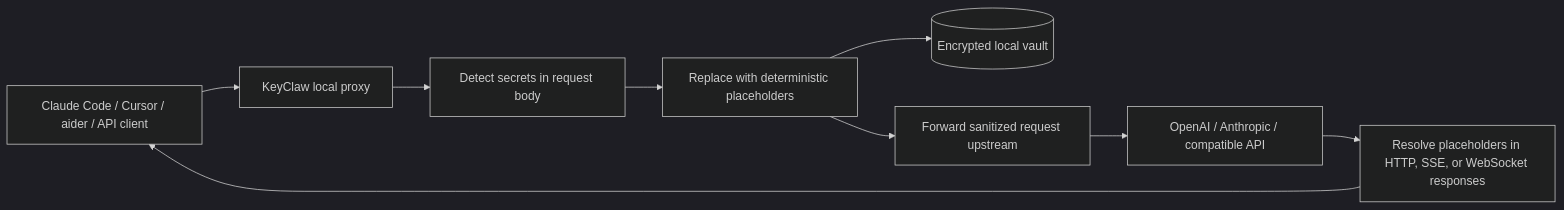
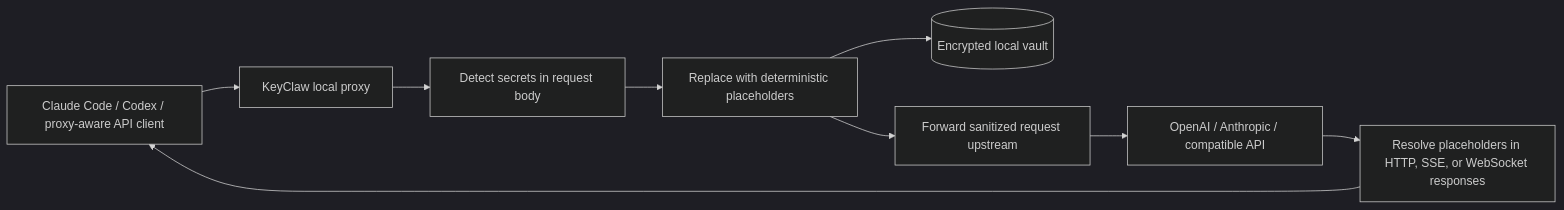
One commit to GuthL/KeyClaw changed the diagram in README.md. Above: the diagram before and after it, drawn with Mermaid (dark theme). The commit also changed other lines of this file and 1 other file, not shown here.

````diff
--- a/README.md
+++ b/README.md
@@ -40,11 +40,11 @@
 ```mermaid
 flowchart LR
-    A[Claude Code / Cursor / aider / API client] --> B[KeyClaw local proxy]
+    A[Claude Code / Codex / proxy-aware API client] --> B[KeyClaw local proxy]
     B --> C[Detect secrets in request body]
     C --> D[Replace with deterministic placeholders]
     D --> E[(Encrypted local vault)]
     D --> F[Forward sanitized request upstream]
     F --> G[OpenAI / Anthropic / compatible API]
     G --> H[Resolve placeholders in HTTP, SSE, or WebSocket responses]
     H --> A
 ```
````
